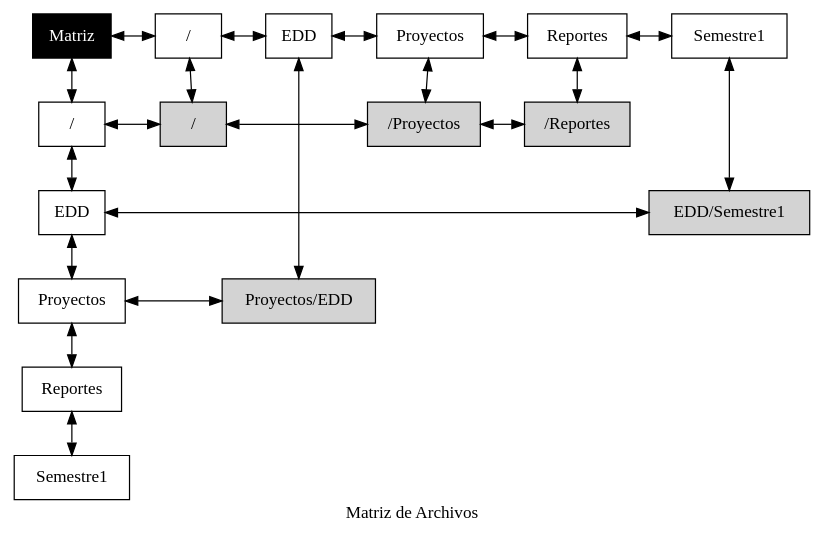
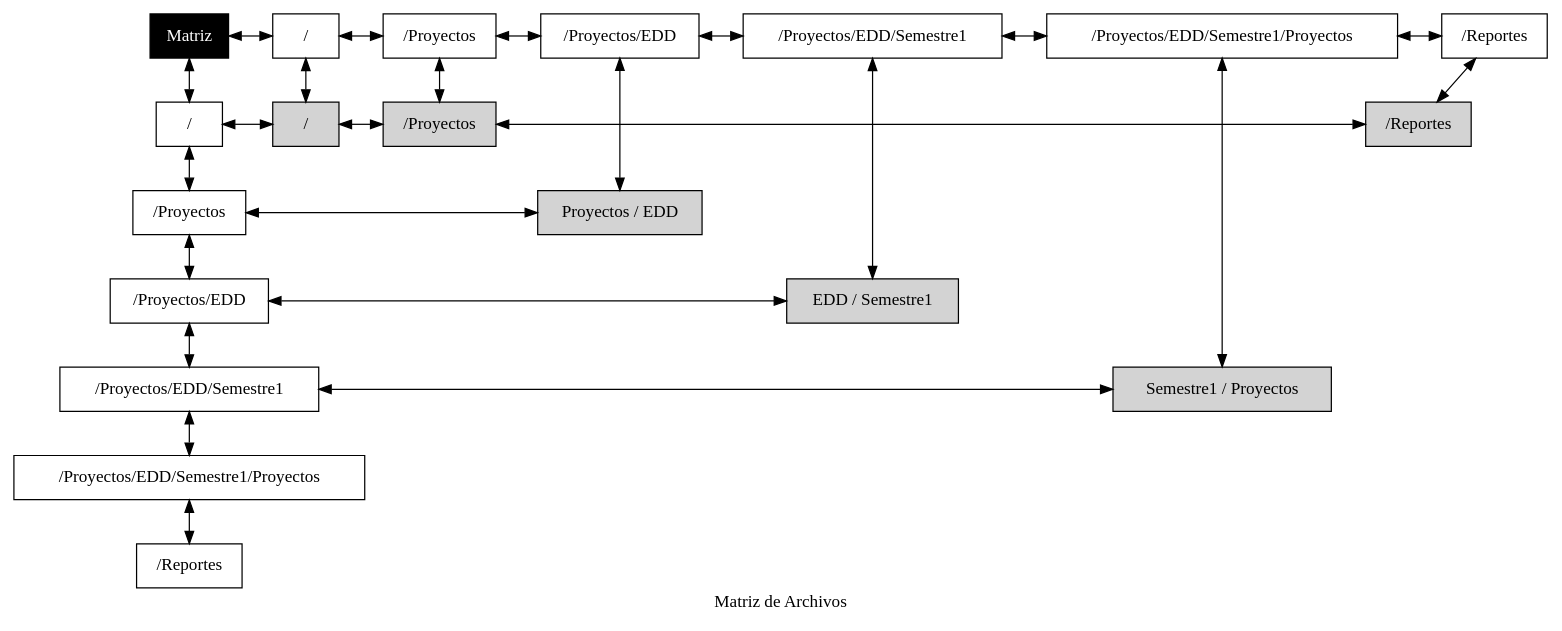
The diagram in Proyecto2_2/build/classes/Reportes/matriz.dot (Douglas-Martinez/EDD_2S2019_PY2_201603168), drawn with Graphviz before and after one commit. The commit also changed 123 other files, not shown here.

```diff
--- a/Proyecto2_2/build/classes/Reportes/matriz.dot
+++ b/Proyecto2_2/build/classes/Reportes/matriz.dot
@@ -1,58 +1,66 @@
 digraph matriz {
 
 	rankdir = TB;
 
 	node[shape = rectangle];
 
 	graph[nodesep = 0.5];
 
 	0001000[label="Matriz", style="filled", fontcolor="white", color="black"];
 
-	2075122755[label="/", style="solid"];
-	962356381[label="EDD", style="solid"];
-	1915891733[label="Proyectos", style="solid"];
-	463878079[label="Reportes", style="solid"];
-	518958412[label="Semestre1", style="solid"];
+	802302183[label="/", style="solid"];
+	1623845845[label="/Proyectos", style="solid"];
+	350351882[label="/Proyectos/EDD", style="solid"];
+	348548156[label="/Proyectos/EDD/Semestre1", style="solid"];
+	720235347[label="/Proyectos/EDD/Semestre1/Proyectos", style="solid"];
+	89467544[label="/Reportes", style="solid"];
 
-	1154239104[label="/", style="solid"];
-	664631444[label="EDD", style="solid"];
-	221030423[label="Proyectos", style="solid"];
-	1715728435[label="Reportes", style="solid"];
-	1081945649[label="Semestre1", style="solid"];
+	515893658[label="/", style="solid"];
+	960479741[label="/Proyectos", style="solid"];
+	2085421818[label="/Proyectos/EDD", style="solid"];
+	1348531713[label="/Proyectos/EDD/Semestre1", style="solid"];
+	829564590[label="/Proyectos/EDD/Semestre1/Proyectos", style="solid"];
+	1988442452[label="/Reportes", style="solid"];
 
-	216577906[label="/", style="filled"];
-	1684851432[label="/Proyectos", style="filled"];
-	500661310[label="/Reportes", style="filled"];
-	888325395[label="EDD/Semestre1", style="filled"];
-	2112399320[label="Proyectos/EDD", style="filled"];
+	1649127340[label="/", style="filled"];
+	894209306[label="/Proyectos", style="filled"];
+	363563595[label="/Reportes", style="filled"];
+	1245404723[label="Proyectos / EDD", style="filled"];
+	1966259735[label="EDD / Semestre1", style="filled"];
+	617077238[label="Semestre1 / Proyectos", style="filled"];
 
-	0001000 -> 2075122755[dir=both];
-	2075122755 -> 962356381[dir=both];
-	962356381 -> 1915891733[dir=both];
-	1915891733 -> 463878079[dir=both];
-	463878079 -> 518958412[dir=both];
+	0001000 -> 802302183[dir=both];
+	802302183 -> 1623845845[dir=both];
+	1623845845 -> 350351882[dir=both];
+	350351882 -> 348548156[dir=both];
+	348548156 -> 720235347[dir=both];
+	720235347 -> 89467544[dir=both];
 
-	0001000 -> 1154239104[dir=both];
-	1154239104 -> 664631444[dir=both];
-	664631444 -> 221030423[dir=both];
-	221030423 -> 1715728435[dir=both];
-	1715728435 -> 1081945649[dir=both];
+	0001000 -> 515893658[dir=both];
+	515893658 -> 960479741[dir=both];
+	960479741 -> 2085421818[dir=both];
+	2085421818 -> 1348531713[dir=both];
+	1348531713 -> 829564590[dir=both];
+	829564590 -> 1988442452[dir=both];
 
-	2075122755 -> 216577906[dir=both];
-	962356381 -> 2112399320[dir=both];
-	1915891733 -> 1684851432[dir=both];
-	463878079 -> 500661310[dir=both];
-	518958412 -> 888325395[dir=both];
+	802302183 -> 1649127340[dir=both];
+	1623845845 -> 894209306[dir=both];
+	350351882 -> 1245404723[dir=both];
+	348548156 -> 1966259735[dir=both];
+	720235347 -> 617077238[dir=both];
+	89467544 -> 363563595[dir=both];
 
-	1154239104 -> 216577906[constraint=false, dir=both];
-	216577906 -> 1684851432[contraint=false, dir=both];
-	1684851432 -> 500661310[contraint=false, dir=both];
-	664631444 -> 888325395[constraint=false, dir=both];
-	221030423 -> 2112399320[constraint=false, dir=both];
-	{ rank=same; 0001000; 2075122755; 962356381; 1915891733; 463878079; 518958412;  }
-	{ rank=same; 1154239104; 216577906; 1684851432; 500661310; }
-	{ rank=same; 664631444; 888325395; }
-	{ rank=same; 221030423; 2112399320; }
-	{ rank=same; 1715728435; }
-	{ rank=same; 1081945649; }
+	515893658 -> 1649127340[constraint=false, dir=both];
+	1649127340 -> 894209306[contraint=false, dir=both];
+	894209306 -> 363563595[contraint=false, dir=both];
+	960479741 -> 1245404723[constraint=false, dir=both];
+	2085421818 -> 1966259735[constraint=false, dir=both];
+	1348531713 -> 617077238[constraint=false, dir=both];
+	{ rank=same; 0001000; 802302183; 1623845845; 350351882; 348548156; 720235347; 89467544;  }
+	{ rank=same; 515893658; 1649127340; 894209306; 363563595; }
+	{ rank=same; 960479741; 1245404723; }
+	{ rank=same; 2085421818; 1966259735; }
+	{ rank=same; 1348531713; 617077238; }
+	{ rank=same; 829564590; }
+	{ rank=same; 1988442452; }
 	label = "Matriz de Archivos"}
```
